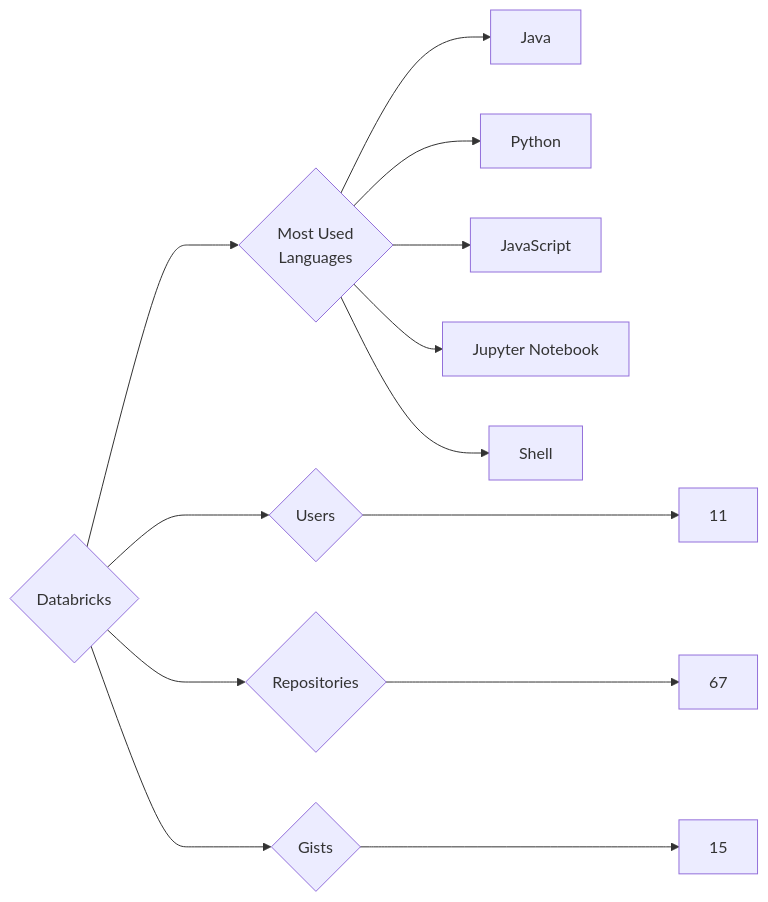
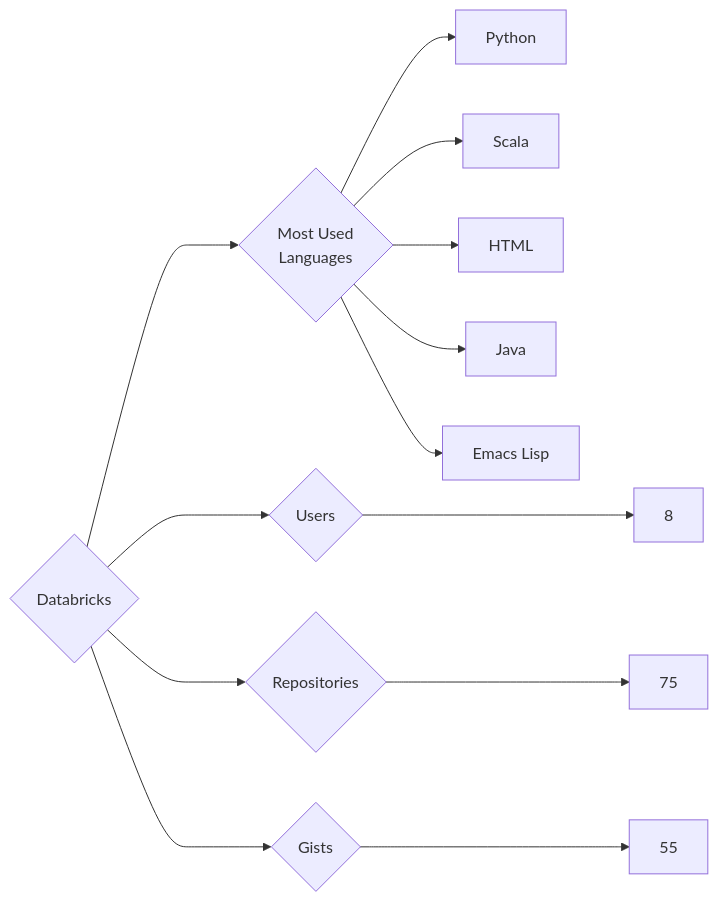
The diagram in targets/Databricks/README.md (trickest/insiders), drawn with Mermaid before and after one commit. The commit also changed 993 other files, not shown here.

````diff
--- a/targets/Databricks/README.md
+++ b/targets/Databricks/README.md
@@ -3,13 +3,13 @@
 ```mermaid
 graph LR
 COMPANY_NAME{Databricks}
-COMPANY_NAME ---> U{Users} ---> UN[11]
-COMPANY_NAME ---> R{Repositories} ---> RN[67]
-COMPANY_NAME ---> G{Gists} ---> GN[15]
+COMPANY_NAME ---> U{Users} ---> UN[8]
+COMPANY_NAME ---> R{Repositories} ---> RN[75]
+COMPANY_NAME ---> G{Gists} ---> GN[55]
 COMPANY_NAME ---> ML{Most Used<br>Languages}
+ML --> Python[Python]
+ML --> Scala[Scala]
+ML --> HTML[HTML]
 ML --> Java[Java]
-ML --> Python[Python]
-ML --> JavaScript[JavaScript]
-ML --> Jupyter_Notebook[Jupyter Notebook]
-ML --> Shell[Shell]
+ML --> Emacs_Lisp[Emacs Lisp]
 ```
````
